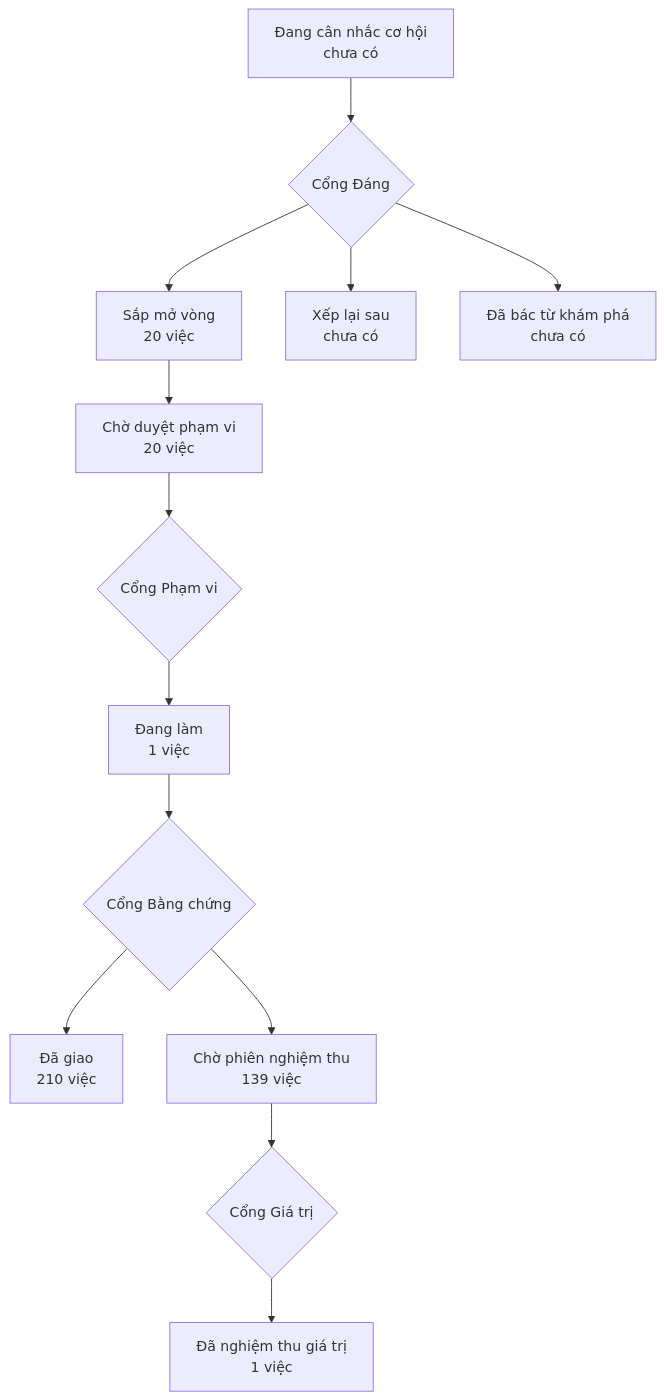
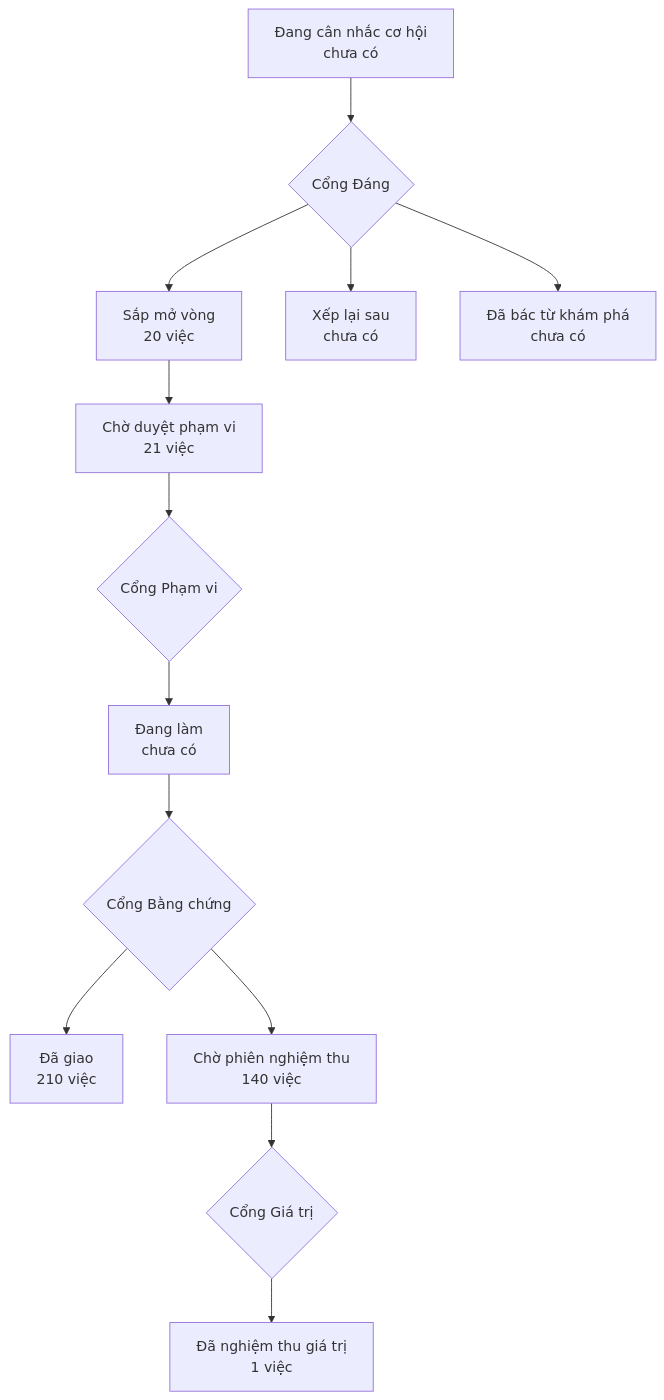
Before and after one commit to phanlemanh/onehub-invest: the diagram in PRODUCT-MAP.md, drawn with Mermaid. The commit also changed other lines of this file and 1 other file, not shown here.

Commit message:
chore(acceptance): DA48 vẽ lại tệp sinh sau gộp main 826e7ae06

````diff
--- a/PRODUCT-MAP.md
+++ b/PRODUCT-MAP.md
@@ -7,12 +7,12 @@
 ```mermaid
 flowchart TD
   A["Đang cân nhắc cơ hội<br/>chưa có"] --> GD{"Cổng Đáng"}
   GD --> B["Sắp mở vòng<br/>20 việc"]
   GD --> XL["Xếp lại sau<br/>chưa có"]
   GD --> DB["Đã bác từ khám phá<br/>chưa có"]
-  B --> CD["Chờ duyệt phạm vi<br/>20 việc"] --> GP{"Cổng Phạm vi"}
-  GP --> DL["Đang làm<br/>1 việc"] --> GB{"Cổng Bằng chứng"}
+  B --> CD["Chờ duyệt phạm vi<br/>21 việc"] --> GP{"Cổng Phạm vi"}
+  GP --> DL["Đang làm<br/>chưa có"] --> GB{"Cổng Bằng chứng"}
   GB --> DG["Đã giao<br/>210 việc"]
-  GB --> CN["Chờ phiên nghiệm thu<br/>139 việc"] --> GG{"Cổng Giá trị"}
+  GB --> CN["Chờ phiên nghiệm thu<br/>140 việc"] --> GG{"Cổng Giá trị"}
   GG --> NT["Đã nghiệm thu giá trị<br/>1 việc"]
 ```
````
